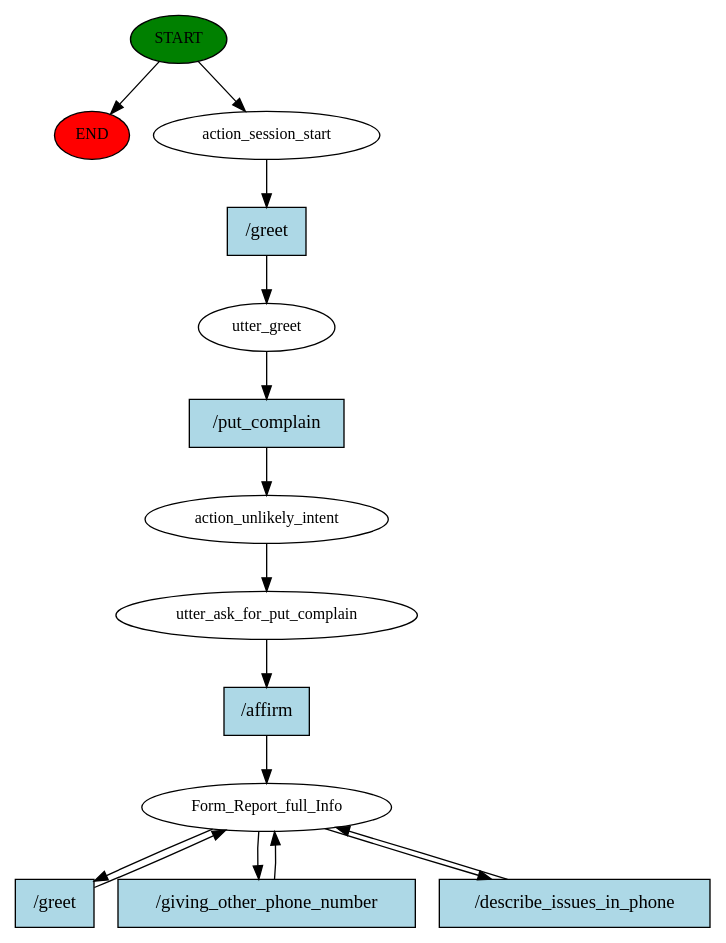
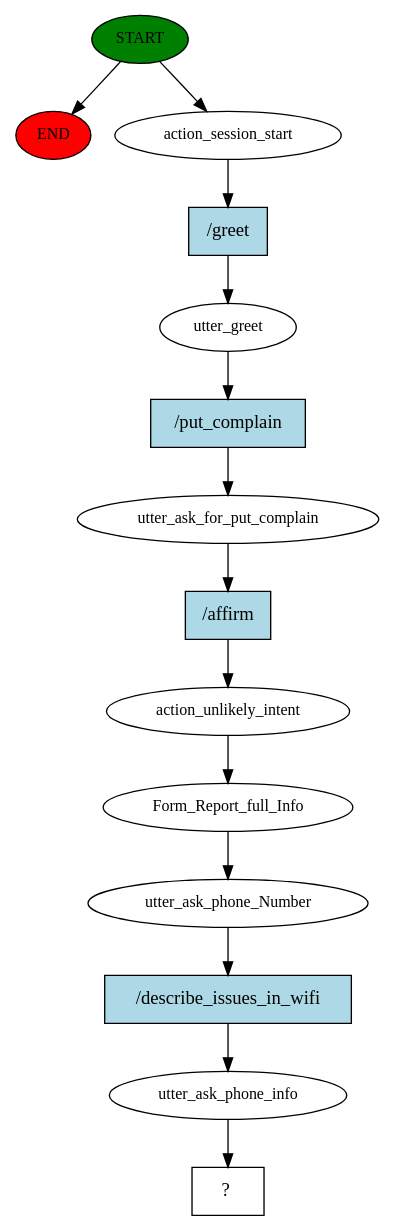
Before and after one commit to SewminaFernando/AggroDetect: the diagram in rasaproject8/story_graph.dot, drawn with Graphviz. The commit also changed 283 other files, not shown here.

```diff
--- a/rasaproject8/story_graph.dot
+++ b/rasaproject8/story_graph.dot
@@ -1,30 +1,29 @@
 digraph  {
 0 [class="start active", fillcolor=green, fontsize=12, label=START, style=filled];
 "-1" [class=end, fillcolor=red, fontsize=12, label=END, style=filled];
 1 [class=active, fontsize=12, label=action_session_start];
 2 [class=active, fontsize=12, label=utter_greet];
-3 [class=active, fontsize=12, label=action_unlikely_intent];
-4 [class=active, fontsize=12, label=utter_ask_for_put_complain];
-5 [class="active dashed", fontsize=12, label=Form_Report_full_Info];
+3 [class=active, fontsize=12, label=utter_ask_for_put_complain];
+4 [class=active, fontsize=12, label=action_unlikely_intent];
+5 [class=active, fontsize=12, label=Form_Report_full_Info];
+6 [class=active, fontsize=12, label=utter_ask_phone_Number];
+7 [class=active, fontsize=12, label=utter_ask_phone_info];
+8 [class="intent dashed active", label="  ?  ", shape=rect];
 9 [class="intent active", fillcolor=lightblue, label="/greet", shape=rect, style=filled];
 10 [class="intent active", fillcolor=lightblue, label="/put_complain", shape=rect, style=filled];
 11 [class="intent active", fillcolor=lightblue, label="/affirm", shape=rect, style=filled];
-12 [class="intent active", fillcolor=lightblue, label="/greet", shape=rect, style=filled];
-13 [class="intent active", fillcolor=lightblue, label="/giving_other_phone_number", shape=rect, style=filled];
-14 [class="intent active", fillcolor=lightblue, label="/describe_issues_in_phone", shape=rect, style=filled];
+12 [class="intent active", fillcolor=lightblue, label="/describe_issues_in_wifi", shape=rect, style=filled];
 0 -> "-1"  [class="", key=NONE, label=""];
 0 -> 1  [class=active, key=NONE, label=""];
 1 -> 9  [class=active, key=0];
 2 -> 10  [class=active, key=0];
-3 -> 4  [class=active, key=NONE, label=""];
-4 -> 11  [class=active, key=0];
-5 -> 12  [class=active, key=0];
-5 -> 13  [class=active, key=0];
-5 -> 14  [class=active, key=0];
+3 -> 11  [class=active, key=0];
+4 -> 5  [class=active, key=NONE, label=""];
+5 -> 6  [class=active, key=NONE, label=""];
+6 -> 12  [class=active, key=0];
+7 -> 8  [class=active, key=NONE, label=""];
 9 -> 2  [class=active, key=0];
 10 -> 3  [class=active, key=0];
-11 -> 5  [class=active, key=0];
-12 -> 5  [class=active, key=0];
-13 -> 5  [class=active, key=0];
-14 -> 5  [class=active, key=0];
+11 -> 4  [class=active, key=0];
+12 -> 7  [class=active, key=0];
 }
```
